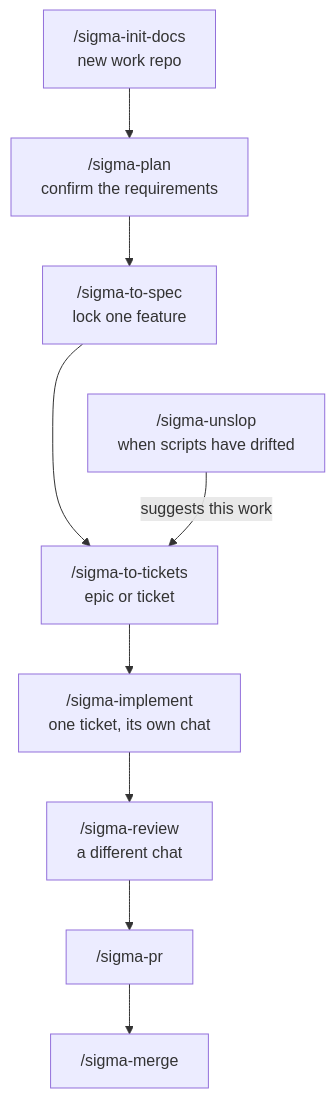
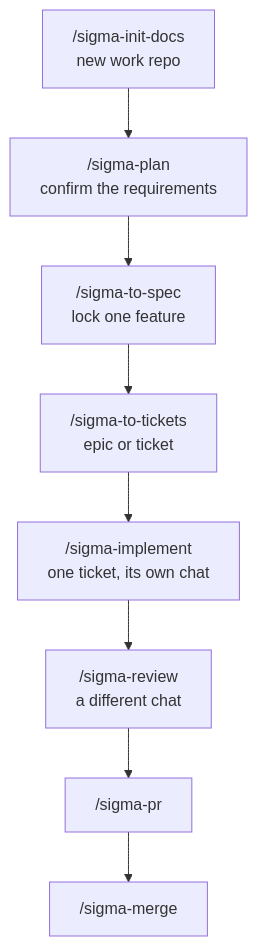
The first of 2 diagrams in README.md (sigma-michael/sigma-build-factory), drawn with Mermaid before and after one commit. The commit also changed other lines of this file and 8 other files, not shown here.

````diff
--- a/README.md
+++ b/README.md
@@ -42,13 +42,10 @@
 ```mermaid
 flowchart TD
   init["/sigma-init-docs<br/>new work repo"] --> plan["/sigma-plan<br/>confirm the requirements"]
   plan --> spec["/sigma-to-spec<br/>lock one feature"]
   spec --> tickets["/sigma-to-tickets<br/>epic or ticket"]
   tickets --> impl["/sigma-implement<br/>one ticket, its own chat"]
   impl --> review["/sigma-review<br/>a different chat"]
   review --> pr["/sigma-pr"]
   pr --> merge["/sigma-merge"]
-
-  spec ~~~ unslop["/sigma-unslop<br/>when scripts have drifted"]
-  unslop -->|"suggests this work"| tickets
 ```
````
